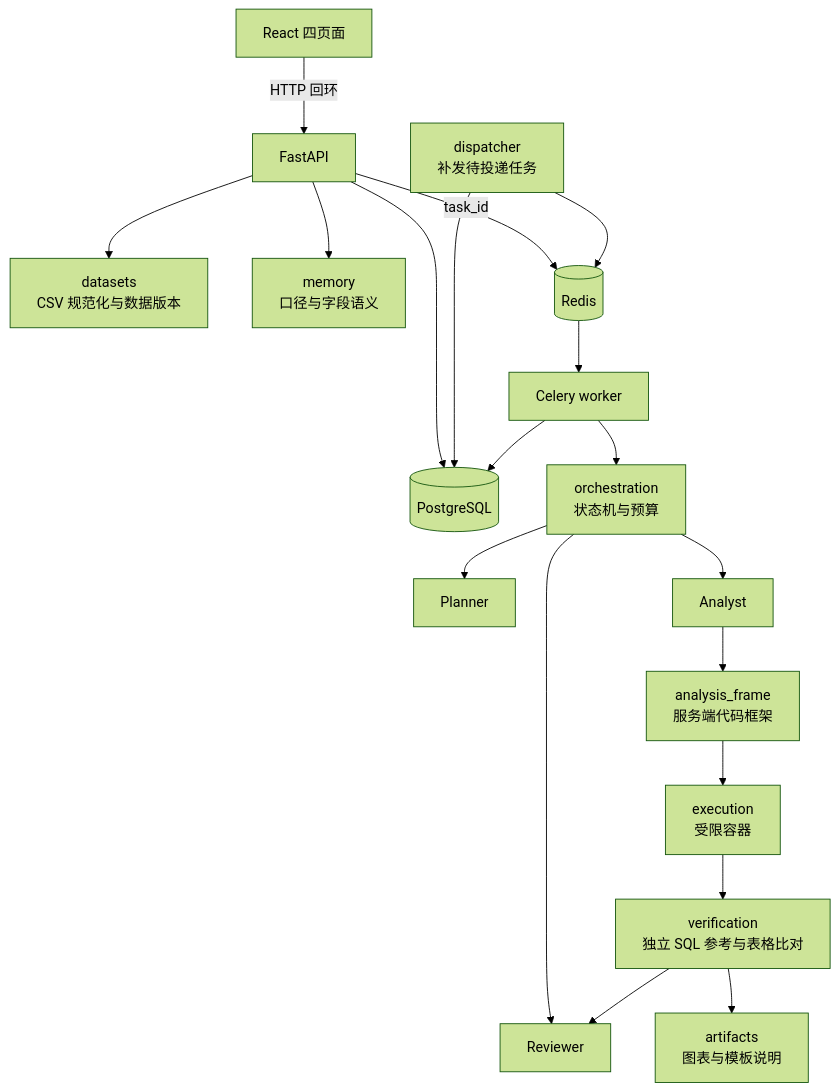
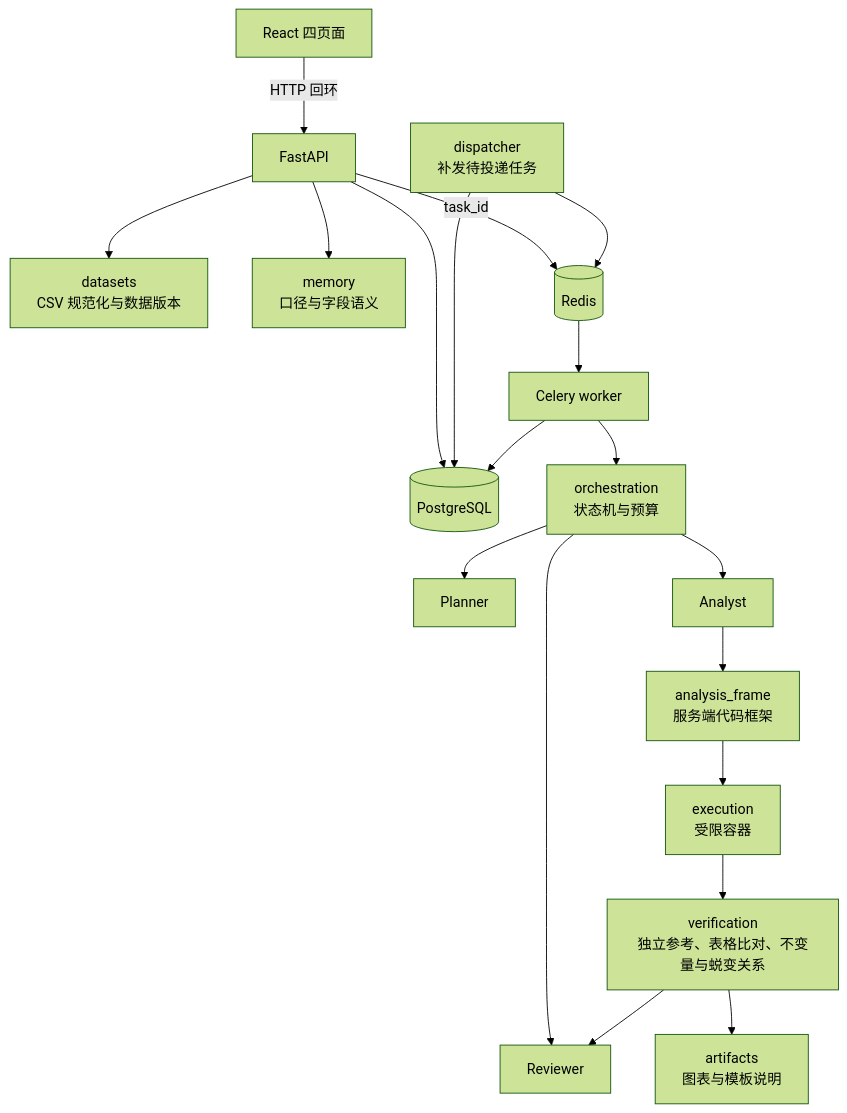
One commit to control-coder/metricproof changed the first of 2 diagrams in docs/architecture.md. Above: the diagram before and after it, drawn with Mermaid (forest theme). The commit also changed other lines of this file and 20 other files, not shown here.

````diff
--- a/docs/architecture.md
+++ b/docs/architecture.md
@@ -5,21 +5,21 @@
 ```mermaid
 flowchart TB
     UI[React 四页面] -->|HTTP 回环| API[FastAPI]
     API --> DS[datasets<br/>CSV 规范化与数据版本]
     API --> MEM[memory<br/>口径与字段语义]
     API --> DB[(PostgreSQL)]
     API -->|task_id| Q[(Redis)]
     BEAT[dispatcher<br/>补发待投递任务] --> DB
     BEAT --> Q
     Q --> W[Celery worker]
     W --> WF[orchestration<br/>状态机与预算]
     WF --> P[Planner]
     WF --> A[Analyst]
     WF --> R[Reviewer]
     A --> FRAME[analysis_frame<br/>服务端代码框架]
     FRAME --> EXE[execution<br/>受限容器]
-    EXE --> VER[verification<br/>独立 SQL 参考与表格比对]
+    EXE --> VER[verification<br/>独立参考、表格比对、不变量与蜕变关系]
     VER --> R
     VER --> ART[artifacts<br/>图表与模板说明]
     W --> DB
 ```
````
